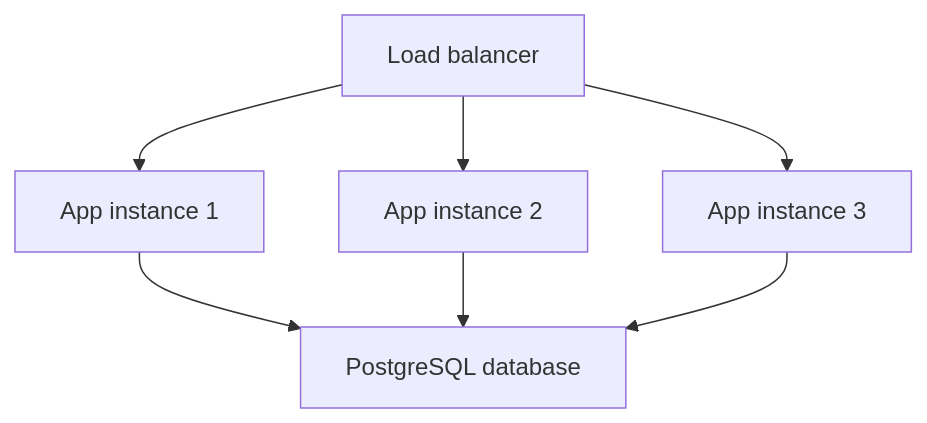
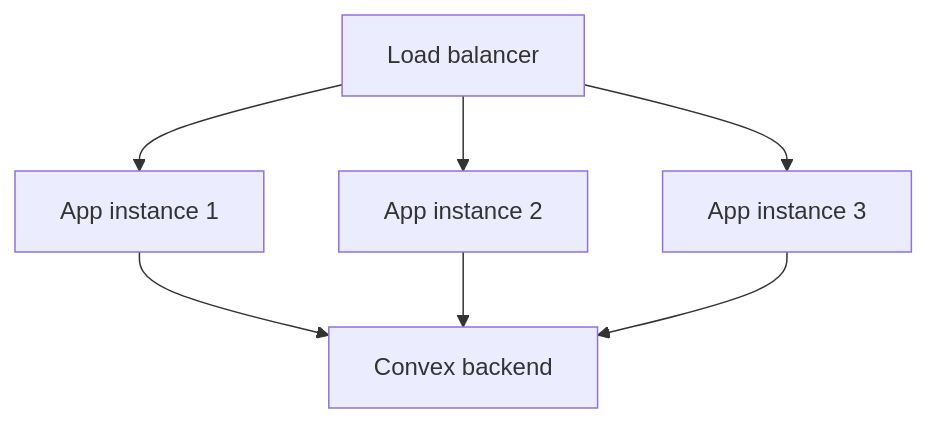
One commit to Smart-Fall/Software changed the diagram in content/docs/deployment/index.mdx. Above: the diagram before and after it, drawn with Mermaid. The commit also changed other lines of this file and 9 other files, not shown here.

First line of the commit message:
Finish removing Prisma and PostgreSQL from the docs

````diff
--- a/content/docs/deployment/index.mdx
+++ b/content/docs/deployment/index.mdx
@@ -173,9 +173,9 @@
 ```mermaid
 flowchart TD
   LB[Load balancer] --> A1[App instance 1]
   LB --> A2[App instance 2]
   LB --> A3[App instance 3]
-  A1 --> DB[PostgreSQL database]
+  A1 --> DB[Convex backend]
   A2 --> DB
   A3 --> DB
 ```
````
